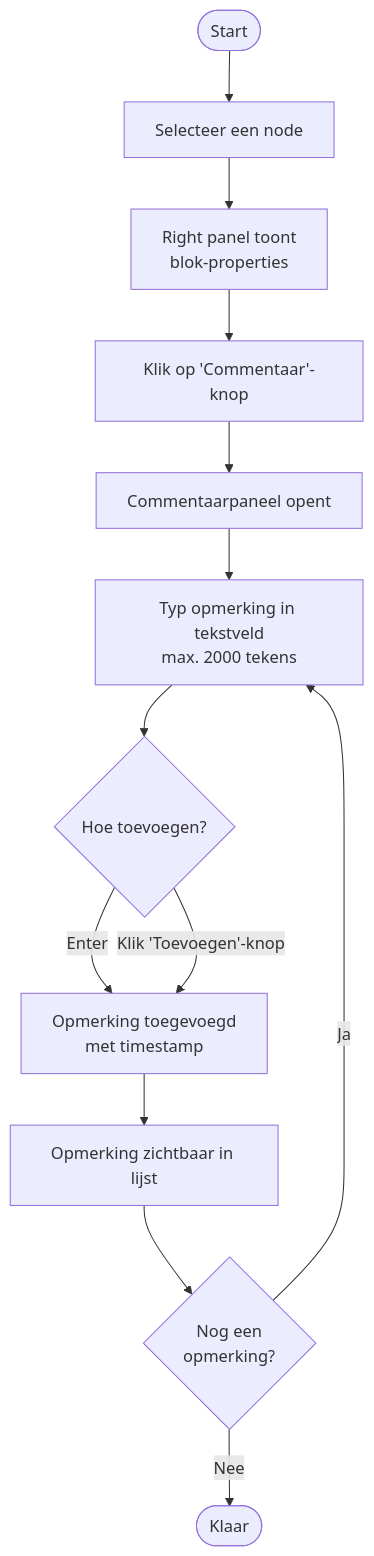
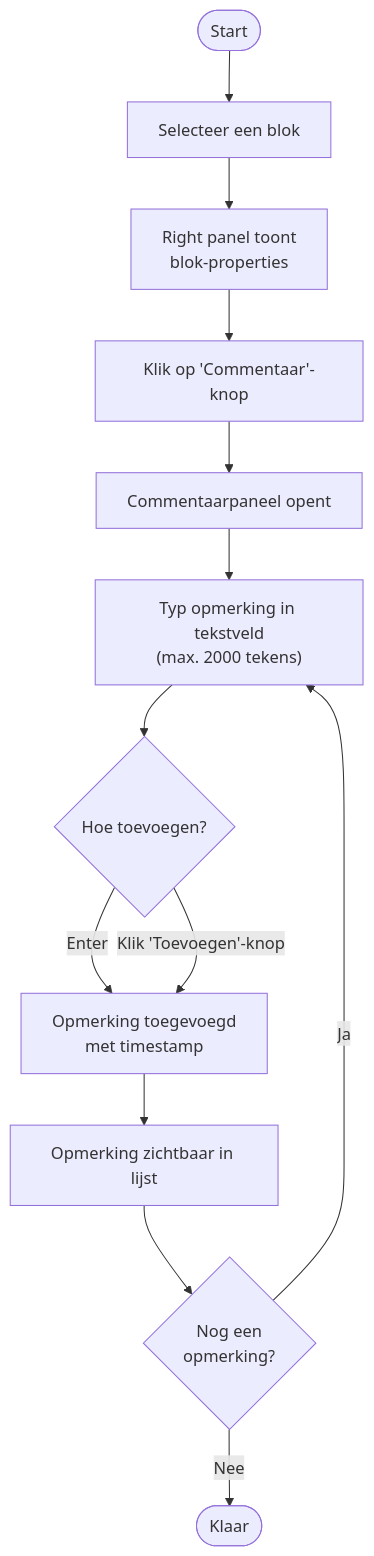
One commit to GRJX/mmd-flowchart changed the ninth of 14 diagrams in USERFLOWS.md. Above: the diagram before and after it, drawn with Mermaid. The commit also changed other lines of this file and 1 other file, not shown here.

Commit message:
refactor: update flowchart syntax for clarity and consistency; enhance user flow descriptions

````diff
--- a/USERFLOWS.md
+++ b/USERFLOWS.md
@@ -176,15 +176,15 @@
 ```mermaid
 flowchart TD
-    A([Start]) --> B[Selecteer een node]
-    B --> C[Right panel toont\nblok-properties]
+    A([Start]) --> B[Selecteer een blok]
+    B --> C["Right panel toont<br>blok-properties"]
     C --> D[Klik op 'Commentaar'-knop]
     D --> E[Commentaarpaneel opent]
-    E --> F[Typ opmerking in tekstveld\nmax. 2000 tekens]
+    E --> F["Typ opmerking in tekstveld<br>(max. 2000 tekens)"]
     F --> G{Hoe toevoegen?}
-    G -- Enter --> H[Opmerking toegevoegd\nmet timestamp]
-    G -- Klik 'Toevoegen'-knop --> H
+    G -- Enter --> H["Opmerking toegevoegd<br>met timestamp"]
+    G -- "Klik 'Toevoegen'-knop" --> H
     H --> I[Opmerking zichtbaar in lijst]
-    I --> J{Nog een\nopmerking?}
+    I --> J{"Nog een<br>opmerking?"}
     J -- Ja --> F
     J -- Nee --> K([Klaar])
 ```
````
